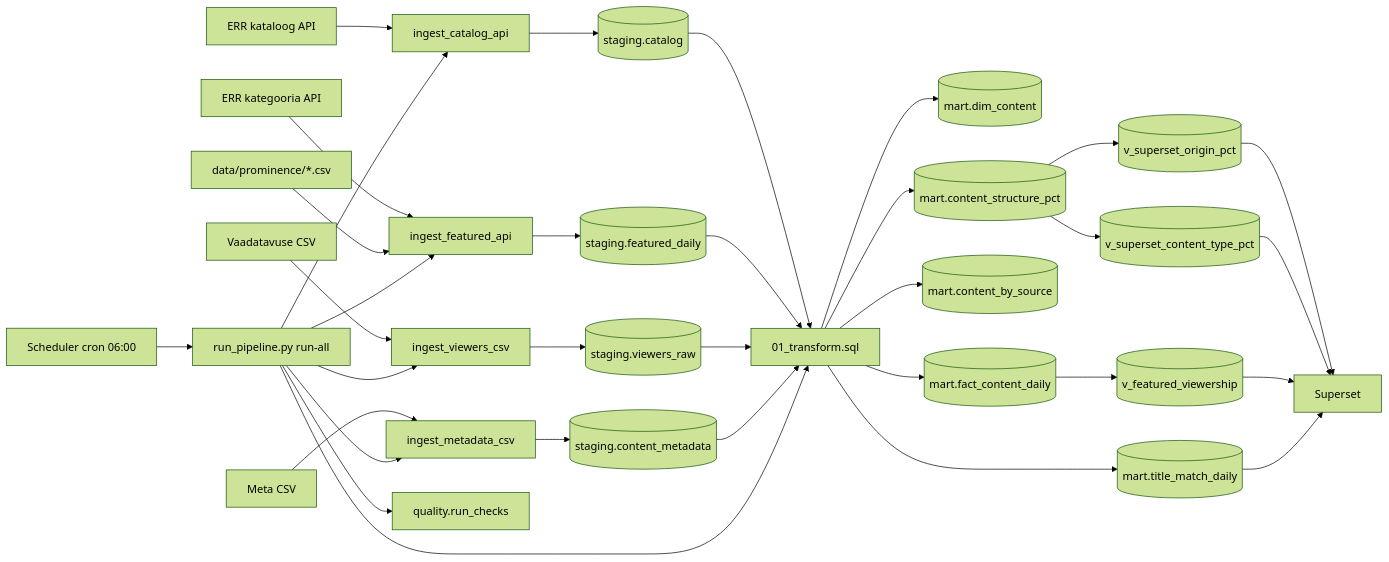
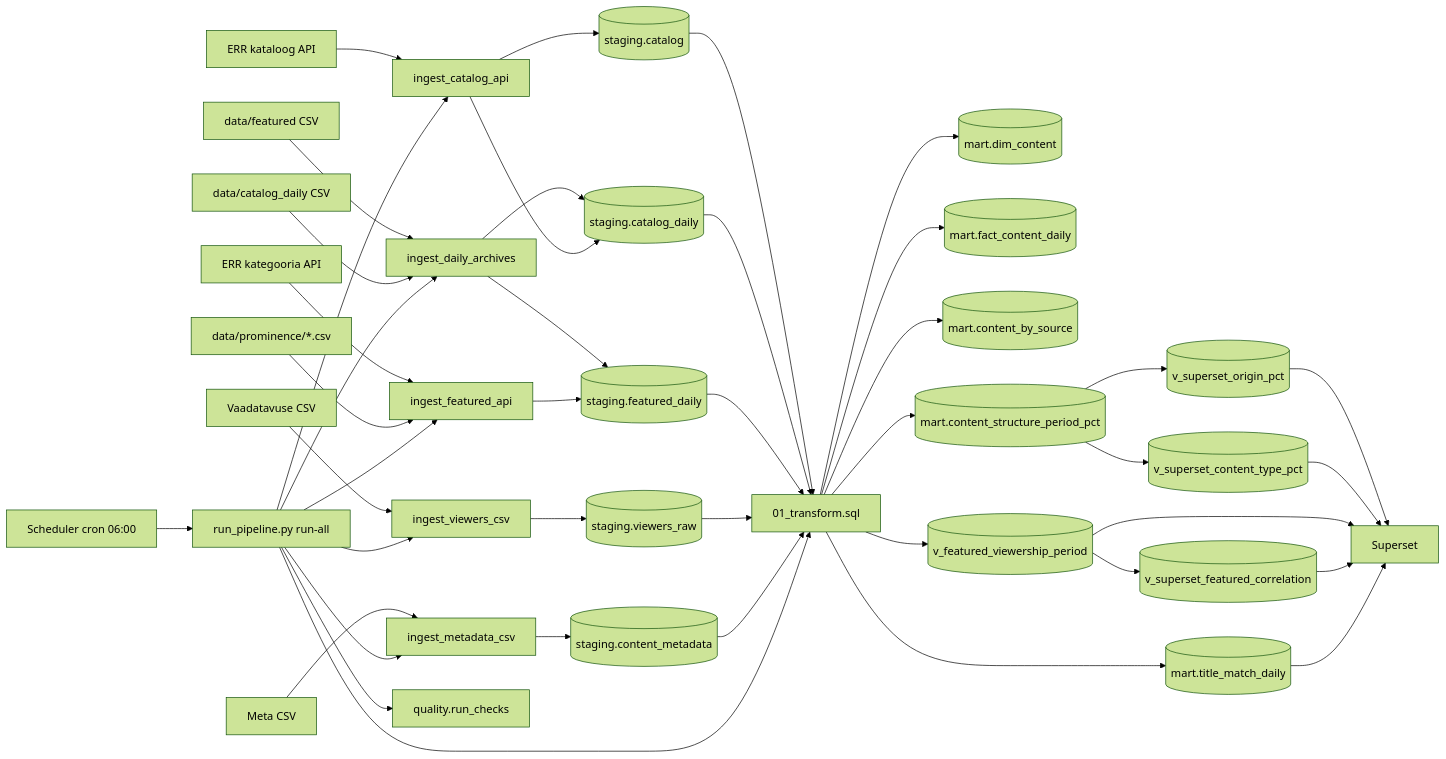
Before and after one commit to margusvaldre/andmeanalyys2026: the diagram in docs/arhitektuur.md, drawn with Mermaid (forest theme). The commit also changed other lines of this file and 22 other files, not shown here.

````diff
--- a/docs/arhitektuur.md
+++ b/docs/arhitektuur.md
@@ -97,41 +100,51 @@
 ```mermaid
 flowchart LR
     apiCatalog[ERR kataloog API] --> ingestCatalog[ingest_catalog_api]
     apiFeatured[ERR kategooria API] --> ingestFeatured[ingest_featured_api]
     csvViewers[Vaadatavuse CSV] --> ingestViewers[ingest_viewers_csv]
     csvMeta[Meta CSV] --> ingestMeta[ingest_metadata_csv]
     configProminence[data/prominence/*.csv] --> ingestFeatured
 
+    csvFeatured[data/featured CSV] --> ingestArchives[ingest_daily_archives]
+    csvCatalog[data/catalog_daily CSV] --> ingestArchives
+    ingestArchives --> stagingFeatured[(staging.featured_daily)]
+    ingestArchives --> stagingCatalogDaily[(staging.catalog_daily)]
+
     ingestCatalog --> stagingCatalog[(staging.catalog)]
-    ingestFeatured --> stagingFeatured[(staging.featured_daily)]
+    ingestCatalog --> stagingCatalogDaily
+    ingestFeatured --> stagingFeatured
     ingestViewers --> stagingViewers[(staging.viewers_raw)]
     ingestMeta --> stagingMeta[(staging.content_metadata)]
 
     stagingCatalog --> transform[01_transform.sql]
+    stagingCatalogDaily --> transform
     stagingFeatured --> transform
     stagingViewers --> transform
     stagingMeta --> transform
 
     transform --> dimContent[(mart.dim_content)]
     transform --> factDaily[(mart.fact_content_daily)]
     transform --> bySource[(mart.content_by_source)]
     transform --> matchDaily[(mart.title_match_daily)]
-    transform --> structurePct[(mart.content_structure_pct)]
+    transform --> structurePeriodPct[(mart.content_structure_period_pct)]
 
-    structurePct --> vOrigin[(v_superset_origin_pct)]
-    structurePct --> vType[(v_superset_content_type_pct)]
-    factDaily --> vFeatured[(v_featured_viewership)]
+    structurePeriodPct --> vOrigin[(v_superset_origin_pct)]
+    structurePeriodPct --> vType[(v_superset_content_type_pct)]
+    transform --> vFeaturedPeriod[(v_featured_viewership_period)]
+    vFeaturedPeriod --> vCorr[(v_superset_featured_correlation)]
 
     vOrigin --> superset[Superset]
     vType --> superset
-    vFeatured --> superset
+    vFeaturedPeriod --> superset
+    vCorr --> superset
     matchDaily --> superset
 
     scheduler[Scheduler cron 06:00] --> runAll[run_pipeline.py run-all]
+    runAll --> ingestArchives
     runAll --> ingestCatalog
     runAll --> ingestViewers
     runAll --> ingestFeatured
     runAll --> ingestMeta
     runAll --> transform
     runAll --> quality[quality.run_checks]
 ```
````
